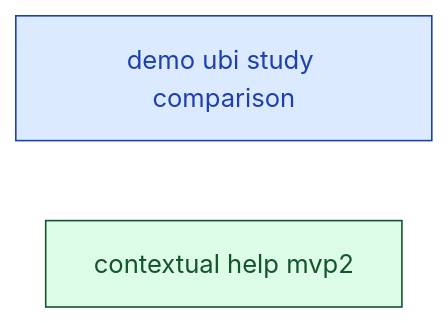
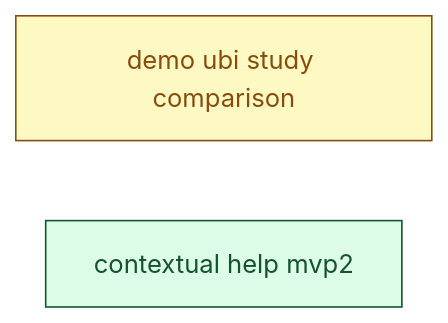
One commit to SoundMindsAI/relyloop changed the diagram in docs/00_overview/MVP2_DASHBOARD.md. Above: the diagram before and after it, drawn with Mermaid (forest theme). The commit also changed other lines of this file and 4 other files, not shown here.

First line of the commit message:
docs(demo-ubi): generate implementation_plan for feat_demo_ubi_study_comparison

````diff
--- a/docs/00_overview/MVP2_DASHBOARD.md
+++ b/docs/00_overview/MVP2_DASHBOARD.md
@@ -81,12 +81,12 @@
 ```mermaid
 graph LR
   classDef done fill:#dcfce7,stroke:#14532d,color:#14532d;
   classDef implement fill:#ffedd5,stroke:#9a3412,color:#9a3412;
   classDef plan fill:#fef9c3,stroke:#854d0e,color:#854d0e;
   classDef spec fill:#dbeafe,stroke:#1e40af,color:#1e40af;
   classDef idea fill:#f1f5f9,stroke:#334155,color:#334155;
   feat_demo_ubi_study_comparison["demo ubi study comparison"]
-  class feat_demo_ubi_study_comparison spec;
+  class feat_demo_ubi_study_comparison plan;
   feat_contextual_help_mvp2["contextual help mvp2"]
   class feat_contextual_help_mvp2 done;
 ```
````
